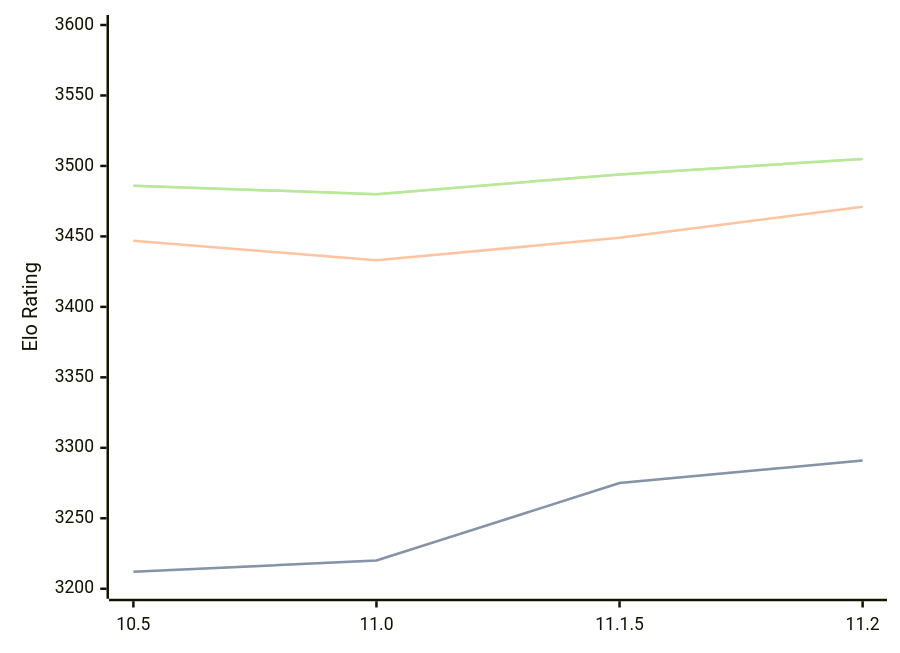
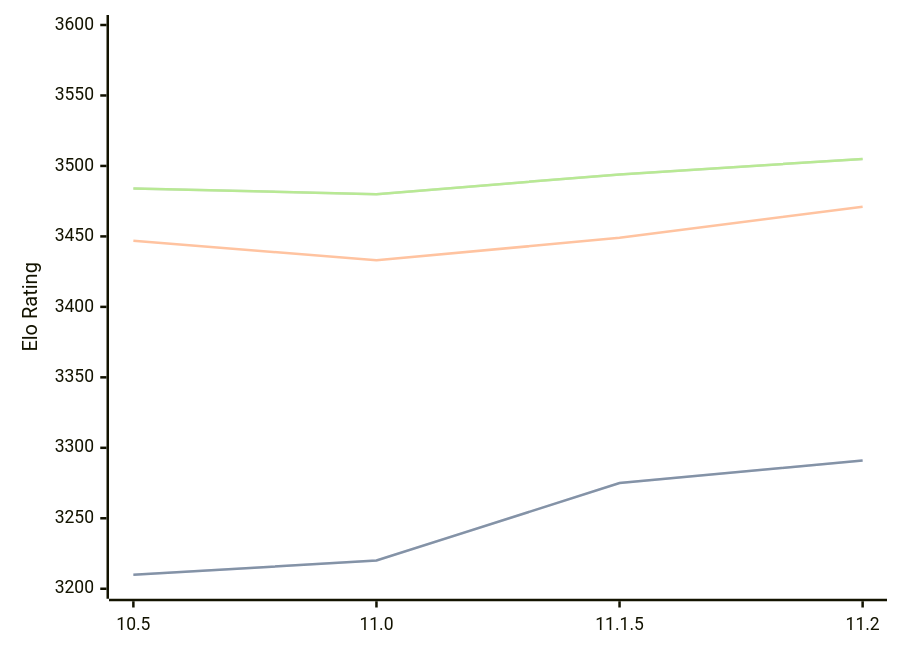
The third of 3 diagrams in engines/Lizard.md (computer-chess-index/cci), drawn with Mermaid before and after one commit. The commit also changed other lines of this file, not shown here.

Commit message:
Update CCI Ratings (ELO VLTC) - 2026-07-09

````diff
--- a/engines/Lizard.md
+++ b/engines/Lizard.md
@@ -79,11 +79,11 @@
 ```mermaid
 %%{init: {"theme":"base","themeVariables":{"seriesColors:['#a3a3a3','#222221','#faa371']}}}%%
 xychart-beta
   x-axis ["10.5", "11.0", "11.1.5", "11.2"]
   y-axis "Elo Rating" 3200 --> 3600
-  line "STC (8.0+0.08s)" [3212, 3220, 3275, 3291]
-  line "STC (8.0+0.08s)" [3212, 3220, 3275, 3291]
+  line "STC (8.0+0.08s)" [3210, 3220, 3275, 3291]
+  line "STC (8.0+0.08s)" [3210, 3220, 3275, 3291]
   line "LTC (60.0+0.60s)" [3447, 3433, 3449, 3471]
-  line "VLTC (2m24s+1.12s)" [3486, 3480, 3494, 3505]
-  line "VLTC (2m24s+1.12s)" [3486, 3480, 3494, 3505]
+  line "VLTC (2m24s+1.12s)" [3484, 3480, 3494, 3505]
+  line "VLTC (2m24s+1.12s)" [3484, 3480, 3494, 3505]
 ```
````
